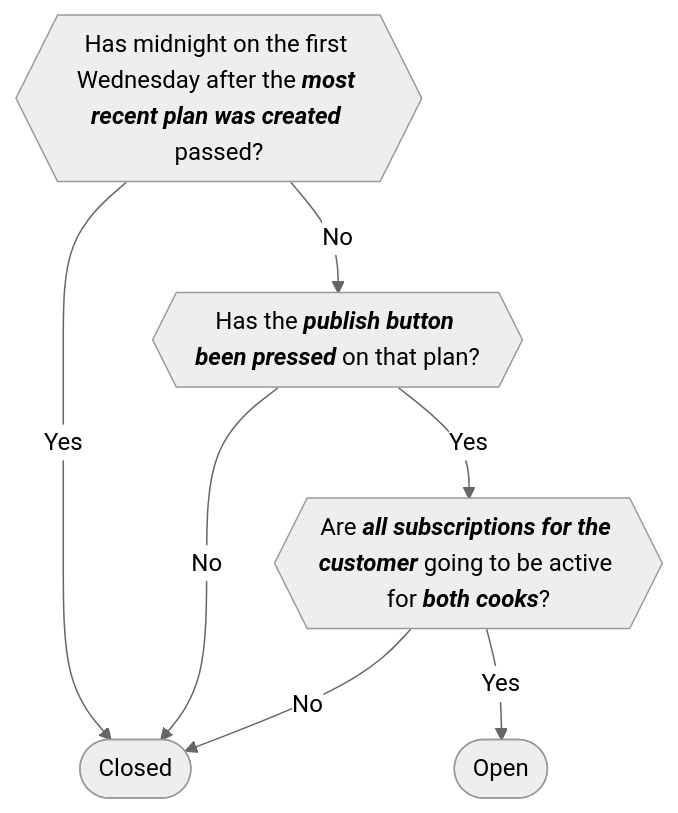
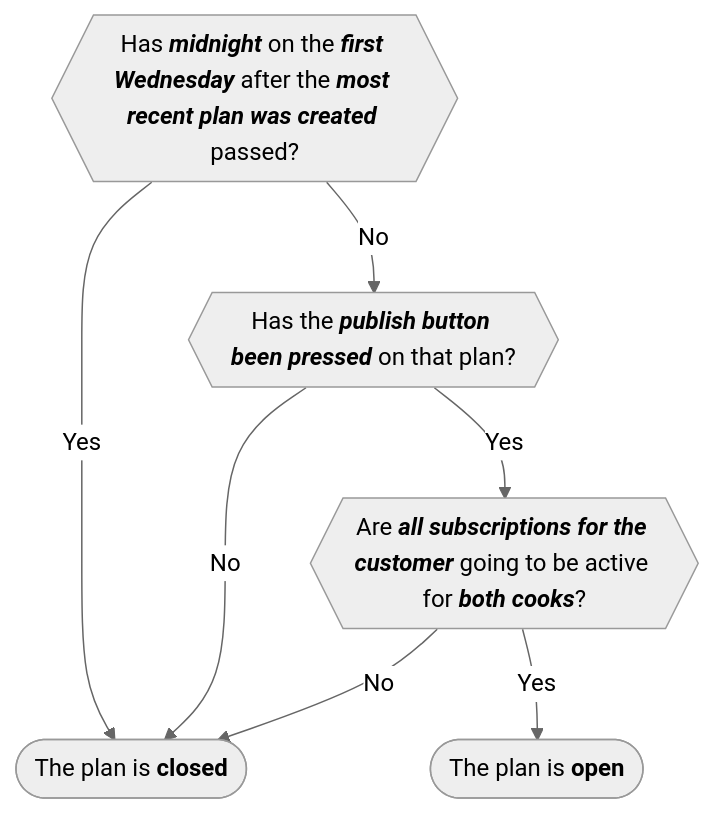
The diagram in tnm-docs/docs/Application/Faq/is-the-plan-open-or-closed.md (the-nutritionist-mcr/online), drawn with Mermaid (neutral theme) before and after one commit. The commit also changed other lines of this file and 2 other files, not shown here.

Commit message:
tweak closed or open

````diff
--- a/tnm-docs/docs/Application/Faq/is-the-plan-open-or-closed.md
+++ b/tnm-docs/docs/Application/Faq/is-the-plan-open-or-closed.md
@@ -17,9 +17,9 @@
 ```mermaid
 flowchart TD
-    A{{"`Has midnight on the first Wednesday after the **_most recent plan was created_** passed?`"}} -->|Yes| B([Closed])
+    A{{"`Has **_midnight_** on the **_first Wednesday_** after the **_most recent plan was created_** passed?`"}} -->|Yes| B(["`The plan is **closed**`"])
     A -->|No| C{{"`Has the **_publish button been pressed_** on that plan?`"}}
     C -->|No| B
     C -->|Yes| D{{"`Are **_all subscriptions for the customer_** going to be active for **_both cooks_**?`"}}
     D -->|No| B
-    D -->|Yes| E([Open])
+    D -->|Yes| E(["`The plan is **open**`"])
 ```
````
